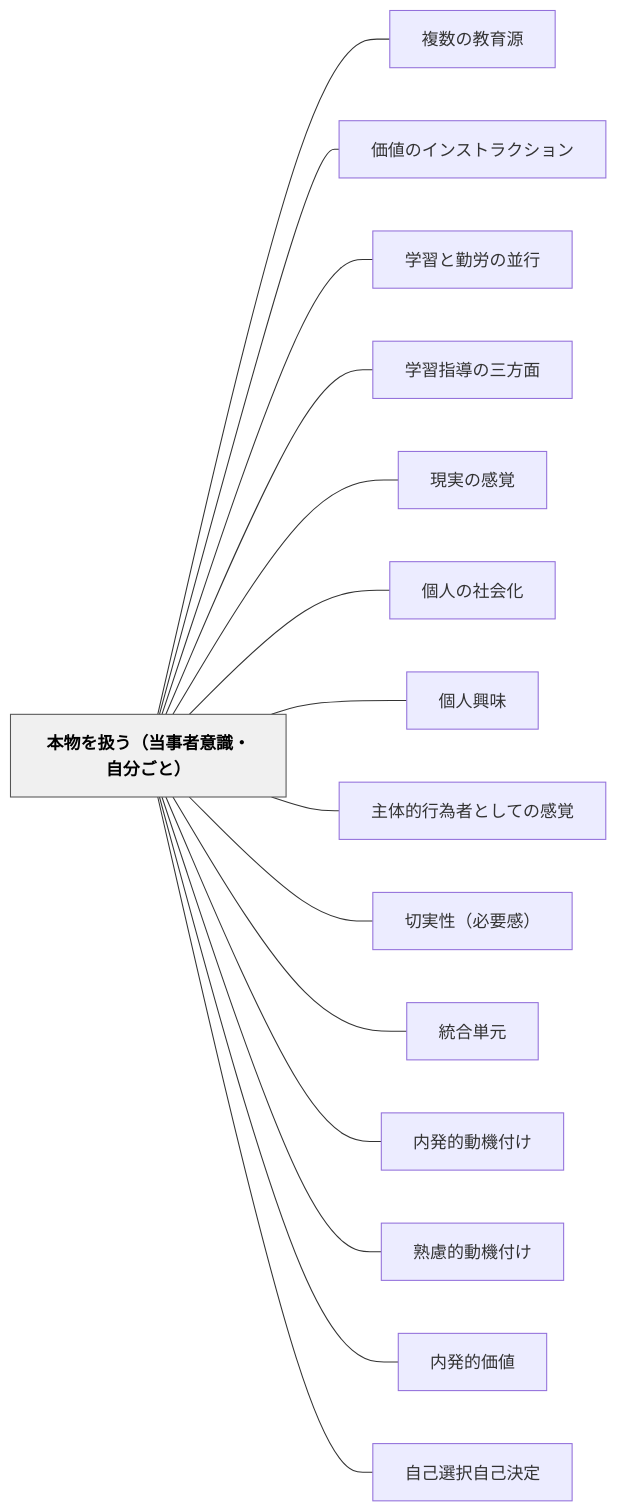
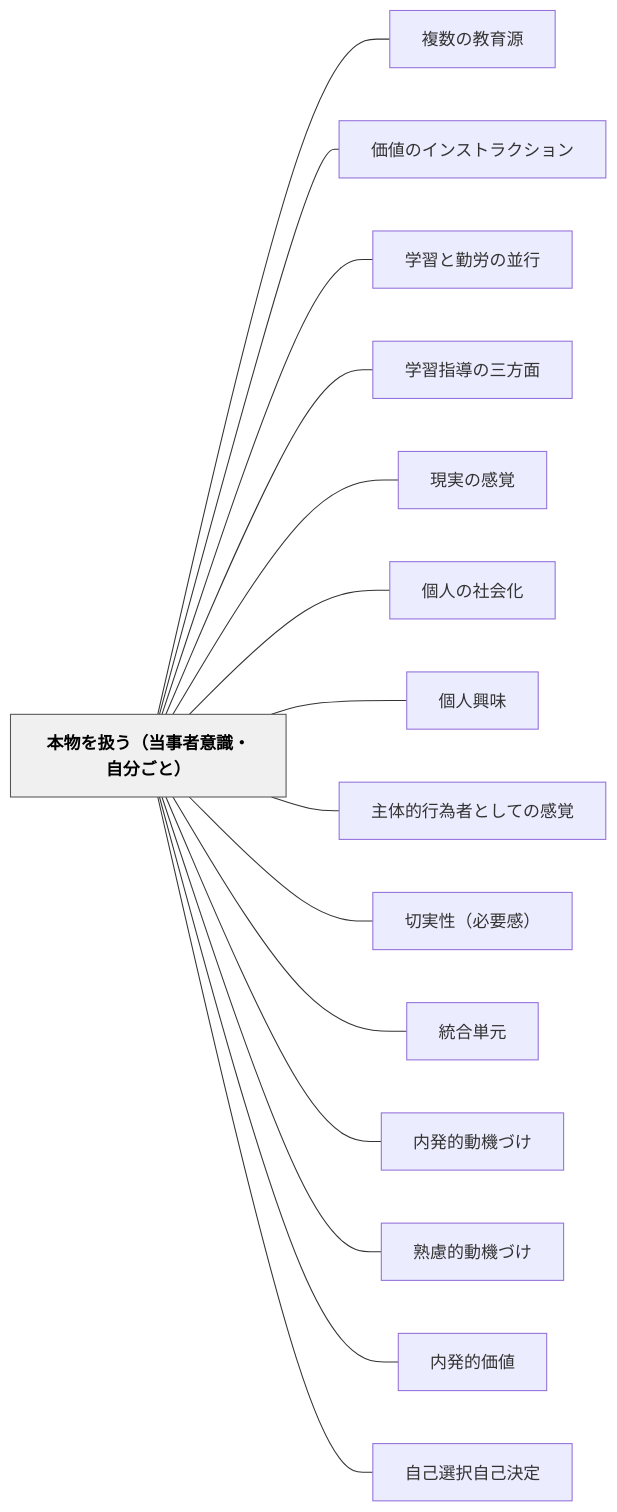
One commit to unknownthings-ed-patterns/unknownthings-ed-patterns changed the diagram in content/パタン/本物を扱う（当事者意識・自分ごと）.md. Above: the diagram before and after it, drawn with Mermaid. The commit also changed other lines of this file and 234 other files, not shown here.

````diff
--- a/content/パタン/本物を扱う（当事者意識・自分ごと）.md
+++ b/content/パタン/本物を扱う（当事者意識・自分ごと）.md
@@ -37,36 +37,36 @@
 ```mermaid
 flowchart LR
     ne69cace789a9e38292e689b1e38186efbc88e5bd93e4ba8be88085e6848fe8ad98e383bbe887aae58886e38194e381a8efbc89["本物を扱う（当事者意識・自分ごと）"]
     ne8a487e695b0e381aee69599e882b2e6ba90["複数の教育源"]
     ne4bea1e580a4e381aee382a4e383b3e382b9e38388e383a9e382afe382b7e383a7e383b3["価値のインストラクション"]
     ne5ada6e7bf92e381a8e58ba4e58ab4e381aee4b8a6e8a18c["学習と勤労の並行"]
     ne5ada6e7bf92e68c87e5b08ee381aee4b889e696b9e99da2["学習指導の三方面"]
     ne78fbee5ae9fe381aee6849fe8a69a["現実の感覚"]
     ne5808be4babae381aee7a4bee4bc9ae58c96["個人の社会化"]
     ne5808be4babae88888e591b3["個人興味"]
     ne4b8bbe4bd93e79a84e8a18ce782bae88085e381a8e38197e381a6e381aee6849fe8a69a["主体的行為者としての感覚"]
     ne58887e5ae9fe680a7efbc88e5bf85e8a681e6849fefbc89["切実性（必要感）"]
     ne7b5b1e59088e58d98e58583["統合単元"]
-    ne58685e799bae79a84e58b95e6a99fe4bb98e38191["内発的動機付け"]
-    ne7869fe685aee79a84e58b95e6a99fe4bb98e38191["熟慮的動機付け"]
+    ne58685e799bae79a84e58b95e6a99fe381a5e38191["内発的動機づけ"]
+    ne7869fe685aee79a84e58b95e6a99fe381a5e38191["熟慮的動機づけ"]
     ne58685e799bae79a84e4bea1e580a4["内発的価値"]
     ne887aae5b7b1e981b8e68a9ee887aae5b7b1e6b1bae5ae9a["自己選択自己決定"]
 
     ne69cace789a9e38292e689b1e38186efbc88e5bd93e4ba8be88085e6848fe8ad98e383bbe887aae58886e38194e381a8efbc89 --- ne8a487e695b0e381aee69599e882b2e6ba90
     ne69cace789a9e38292e689b1e38186efbc88e5bd93e4ba8be88085e6848fe8ad98e383bbe887aae58886e38194e381a8efbc89 --- ne4bea1e580a4e381aee382a4e383b3e382b9e38388e383a9e382afe382b7e383a7e383b3
     ne69cace789a9e38292e689b1e38186efbc88e5bd93e4ba8be88085e6848fe8ad98e383bbe887aae58886e38194e381a8efbc89 --- ne5ada6e7bf92e381a8e58ba4e58ab4e381aee4b8a6e8a18c
     ne69cace789a9e38292e689b1e38186efbc88e5bd93e4ba8be88085e6848fe8ad98e383bbe887aae58886e38194e381a8efbc89 --- ne5ada6e7bf92e68c87e5b08ee381aee4b889e696b9e99da2
     ne69cace789a9e38292e689b1e38186efbc88e5bd93e4ba8be88085e6848fe8ad98e383bbe887aae58886e38194e381a8efbc89 --- ne78fbee5ae9fe381aee6849fe8a69a
     ne69cace789a9e38292e689b1e38186efbc88e5bd93e4ba8be88085e6848fe8ad98e383bbe887aae58886e38194e381a8efbc89 --- ne5808be4babae381aee7a4bee4bc9ae58c96
     ne69cace789a9e38292e689b1e38186efbc88e5bd93e4ba8be88085e6848fe8ad98e383bbe887aae58886e38194e381a8efbc89 --- ne5808be4babae88888e591b3
     ne69cace789a9e38292e689b1e38186efbc88e5bd93e4ba8be88085e6848fe8ad98e383bbe887aae58886e38194e381a8efbc89 --- ne4b8bbe4bd93e79a84e8a18ce782bae88085e381a8e38197e381a6e381aee6849fe8a69a
     ne69cace789a9e38292e689b1e38186efbc88e5bd93e4ba8be88085e6848fe8ad98e383bbe887aae58886e38194e381a8efbc89 --- ne58887e5ae9fe680a7efbc88e5bf85e8a681e6849fefbc89
     ne69cace789a9e38292e689b1e38186efbc88e5bd93e4ba8be88085e6848fe8ad98e383bbe887aae58886e38194e381a8efbc89 --- ne7b5b1e59088e58d98e58583
-    ne69cace789a9e38292e689b1e38186efbc88e5bd93e4ba8be88085e6848fe8ad98e383bbe887aae58886e38194e381a8efbc89 --- ne58685e799bae79a84e58b95e6a99fe4bb98e38191
-    ne69cace789a9e38292e689b1e38186efbc88e5bd93e4ba8be88085e6848fe8ad98e383bbe887aae58886e38194e381a8efbc89 --- ne7869fe685aee79a84e58b95e6a99fe4bb98e38191
+    ne69cace789a9e38292e689b1e38186efbc88e5bd93e4ba8be88085e6848fe8ad98e383bbe887aae58886e38194e381a8efbc89 --- ne58685e799bae79a84e58b95e6a99fe381a5e38191
+    ne69cace789a9e38292e689b1e38186efbc88e5bd93e4ba8be88085e6848fe8ad98e383bbe887aae58886e38194e381a8efbc89 --- ne7869fe685aee79a84e58b95e6a99fe381a5e38191
     ne69cace789a9e38292e689b1e38186efbc88e5bd93e4ba8be88085e6848fe8ad98e383bbe887aae58886e38194e381a8efbc89 --- ne58685e799bae79a84e4bea1e580a4
     ne69cace789a9e38292e689b1e38186efbc88e5bd93e4ba8be88085e6848fe8ad98e383bbe887aae58886e38194e381a8efbc89 --- ne887aae5b7b1e981b8e68a9ee887aae5b7b1e6b1bae5ae9a
 
     classDef hub fill:#f0f0f0,stroke:#555,color:#000,font-weight:bold
     class ne69cace789a9e38292e689b1e38186efbc88e5bd93e4ba8be88085e6848fe8ad98e383bbe887aae58886e38194e381a8efbc89 hub
 ```
````
